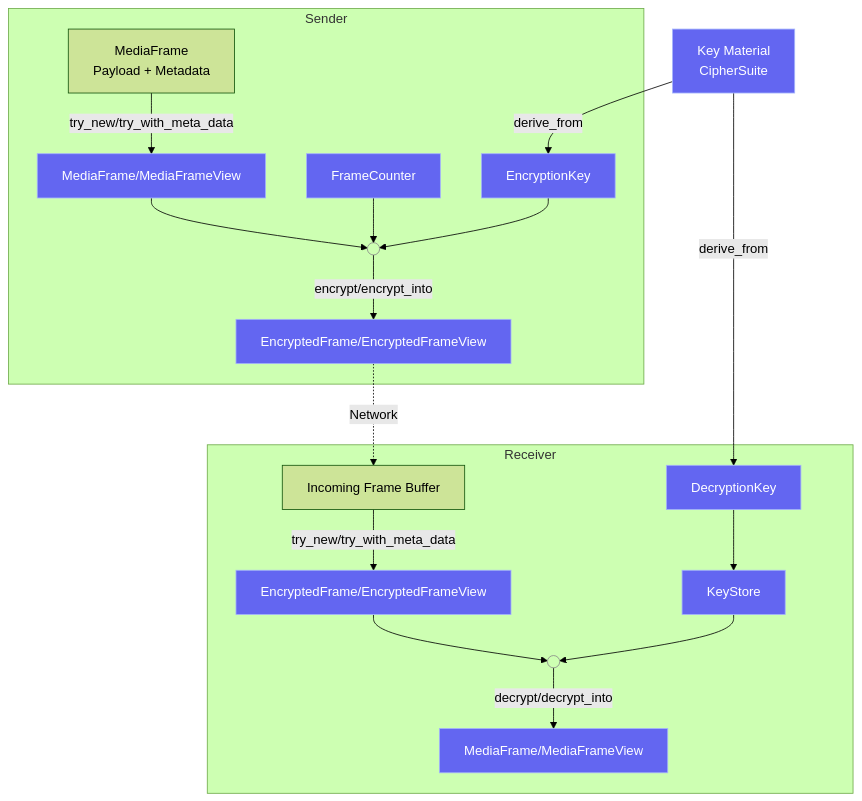
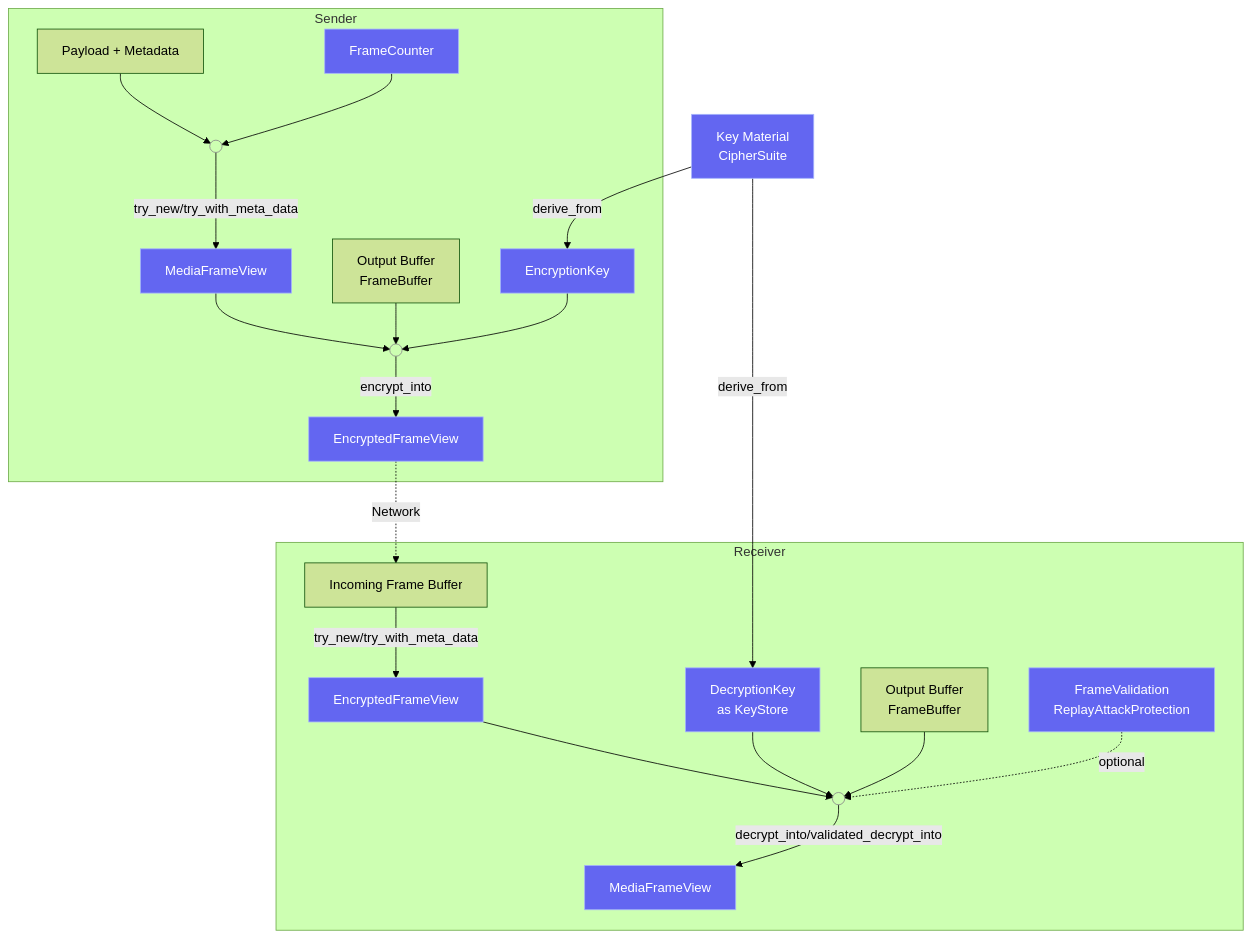
One commit to TobTheRock/sframe-rs changed the diagram in README.md. Above: the diagram before and after it, drawn with Mermaid (forest theme). The commit also changed other lines of this file, not shown here.

First line of the commit message:
chore: update flow diagram in README

````diff
--- a/README.md
+++ b/README.md
@@ -67,29 +70,34 @@
 ```mermaid
 flowchart TD
     subgraph Sender
-        A[MediaFrame<br/>Payload + Metadata] -->|try_new/try_with_meta_data| B[MediaFrame/MediaFrameView]
+        A[Payload + Metadata] --> NewJunction(( ))
+        FC[FrameCounter] --> NewJunction
+        NewJunction -->|try_new/try_with_meta_data| B[MediaFrameView]
         B --> EncryptJunction(( ))
-        EncryptJunction -->|encrypt/encrypt_into| C[EncryptedFrame/EncryptedFrameView]
-        FC[FrameCounter] --> EncryptJunction
+        OBE["Output Buffer<br/>FrameBuffer"] --> EncryptJunction
         EK[EncryptionKey] --> EncryptJunction
+        EncryptJunction -->|encrypt_into| C[EncryptedFrameView]
     end
     
     Shared[Key Material<br/>CipherSuite]
     Shared -->|derive_from| EK
     Shared -->|derive_from| DK
     
     subgraph Receiver
-        D[Incoming Frame Buffer] -->|try_new/try_with_meta_data| E[EncryptedFrame/EncryptedFrameView]
+        D[Incoming Frame Buffer] -->|try_new/try_with_meta_data| E[EncryptedFrameView]
         E --> DecryptJunction(( ))
-        DecryptJunction -->|decrypt/decrypt_into| F[MediaFrame/MediaFrameView]
-        DK[DecryptionKey] --> KS[KeyStore]
-        KS --> DecryptJunction
+        OBD["Output Buffer<br/>FrameBuffer"] --> DecryptJunction
+        FV[FrameValidation<br/>ReplayAttackProtection] -.->|optional| DecryptJunction
+        DK[DecryptionKey<br/>as KeyStore] --> DecryptJunction
+        DecryptJunction -->|"decrypt_into/validated_decrypt_into"| F[MediaFrameView]
+        E ~~~ F
     end
     
     C -.->|Network| D
     
     classDef sframe fill:#6366f1,stroke:#a5b4fc,stroke-width:1px,color:#fff
-    class Shared,B,C,E,F,EK,DK,FC,KS sframe
+    class Shared,B,C,E,F,EK,DK,FC,FV sframe
+    style NewJunction fill:transparent,stroke:#888
     style EncryptJunction fill:transparent,stroke:#888
     style DecryptJunction fill:transparent,stroke:#888
 ```
````
